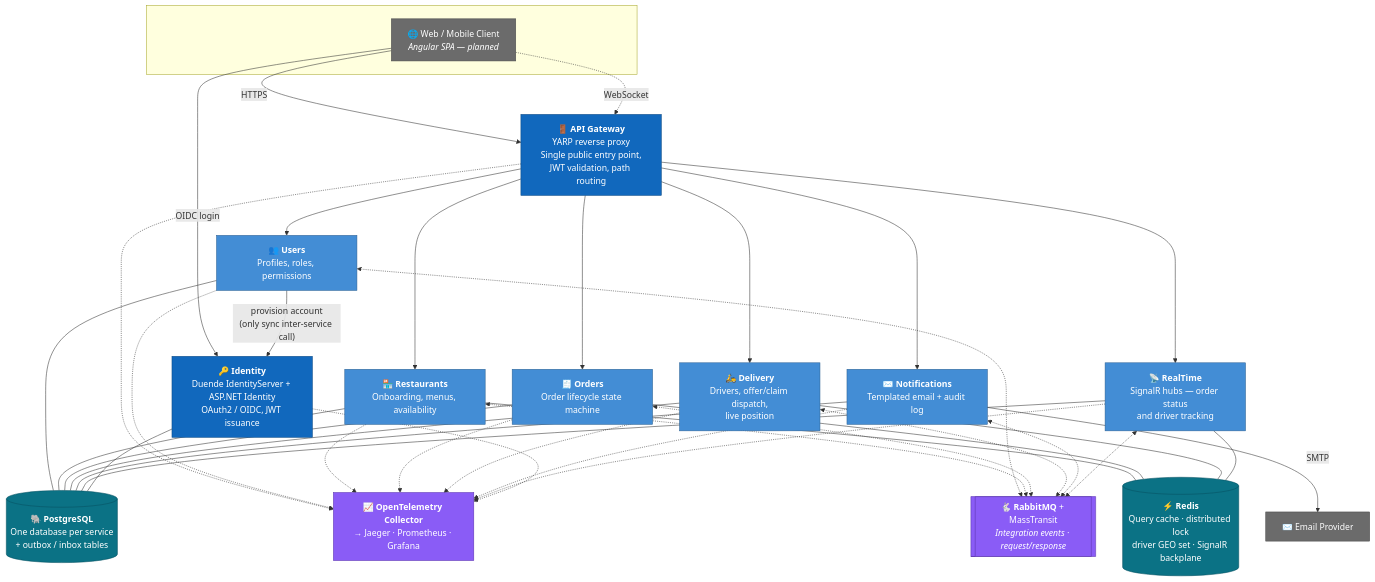
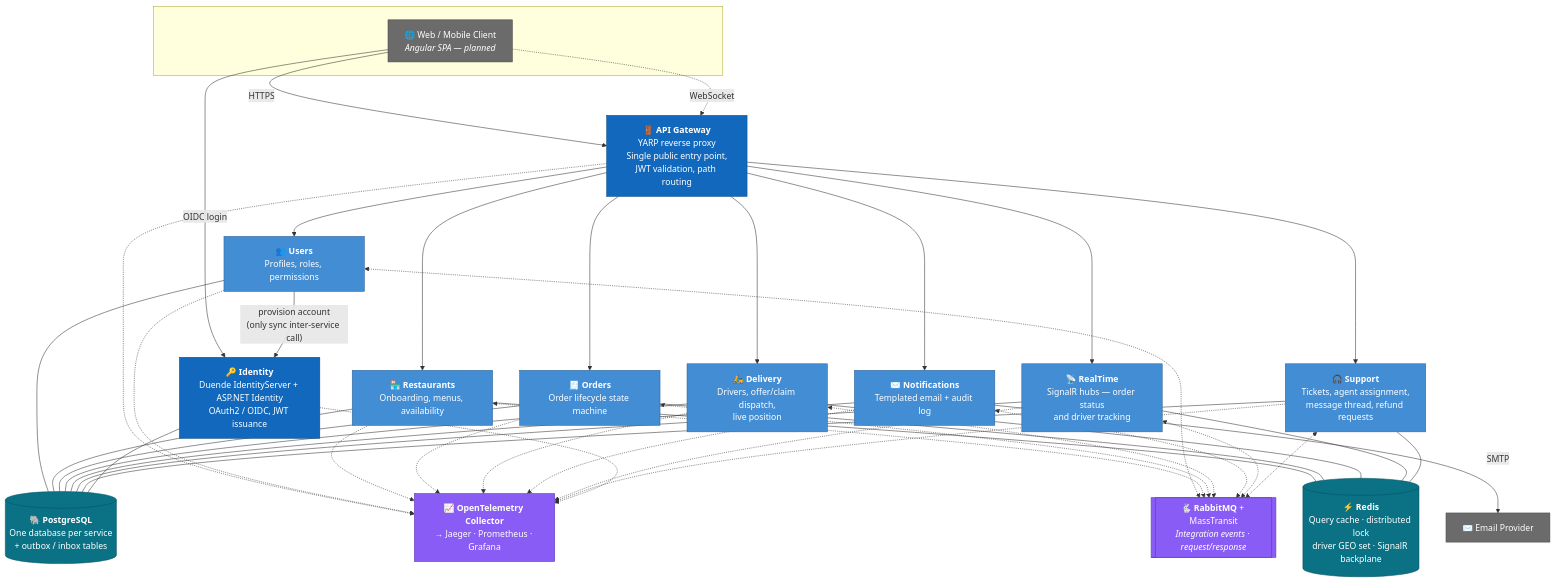
The second of 4 diagrams in README.md (branimirteodorovic/FoodDeliveryService), drawn with Mermaid before and after one commit. The commit also changed other lines of this file and 3 other files, not shown here.

First line of the commit message:
Finalize production hardening; update docs, tests, diagrams

```diff
--- a/README.md
+++ b/README.md
@@ -75,6 +77,7 @@
     deliv["🛵 <b>Delivery</b><br/>Drivers, offer/claim dispatch,<br/>live position"]
     notif["✉️ <b>Notifications</b><br/>Templated email + audit log"]
     rt["📡 <b>RealTime</b><br/>SignalR hubs — order status<br/>and driver tracking"]
+    sup["🎧 <b>Support</b><br/>Tickets, agent assignment,<br/>message thread, refund requests"]
 
     bus[["🐇 <b>RabbitMQ</b> + MassTransit<br/><i>Integration events · request/response</i>"]]
 
@@ -93,6 +96,7 @@
     gw --> deliv
     gw --> notif
     gw --> rt
+    gw --> sup
 
     users -->|"provision account<br/>(only sync inter-service call)"| idp
 
@@ -102,6 +106,7 @@
     deliv <-.-> bus
     notif <-.-> bus
     rt <-.-> bus
+    sup <-.-> bus
 
     users --- pg
     rest --- pg
@@ -109,12 +114,14 @@
     deliv --- pg
     notif --- pg
     rt --- pg
+    sup --- pg
     idp --- pg
 
     rest --- redis
     orders --- redis
     deliv --- redis
     rt --- redis
+    sup --- redis
 
     notif -->|SMTP| smtp["✉️ Email Provider"]
 
@@ -125,6 +132,7 @@
     deliv -.-> otel
     notif -.-> otel
     rt -.-> otel
+    sup -.-> otel
     idp -.-> otel
 
     classDef edge fill:#1168bd,stroke:#0b4884,color:#fff
@@ -133,7 +141,7 @@
     classDef store fill:#0b7285,stroke:#075162,color:#fff
     classDef ext fill:#6b6b6b,stroke:#4a4a4a,color:#fff
     class gw,idp edge
-    class users,rest,orders,deliv,notif,rt svc
+    class users,rest,orders,deliv,notif,rt,sup svc
     class bus,otel infra
     class pg,redis store
     class spa,smtp ext
```
